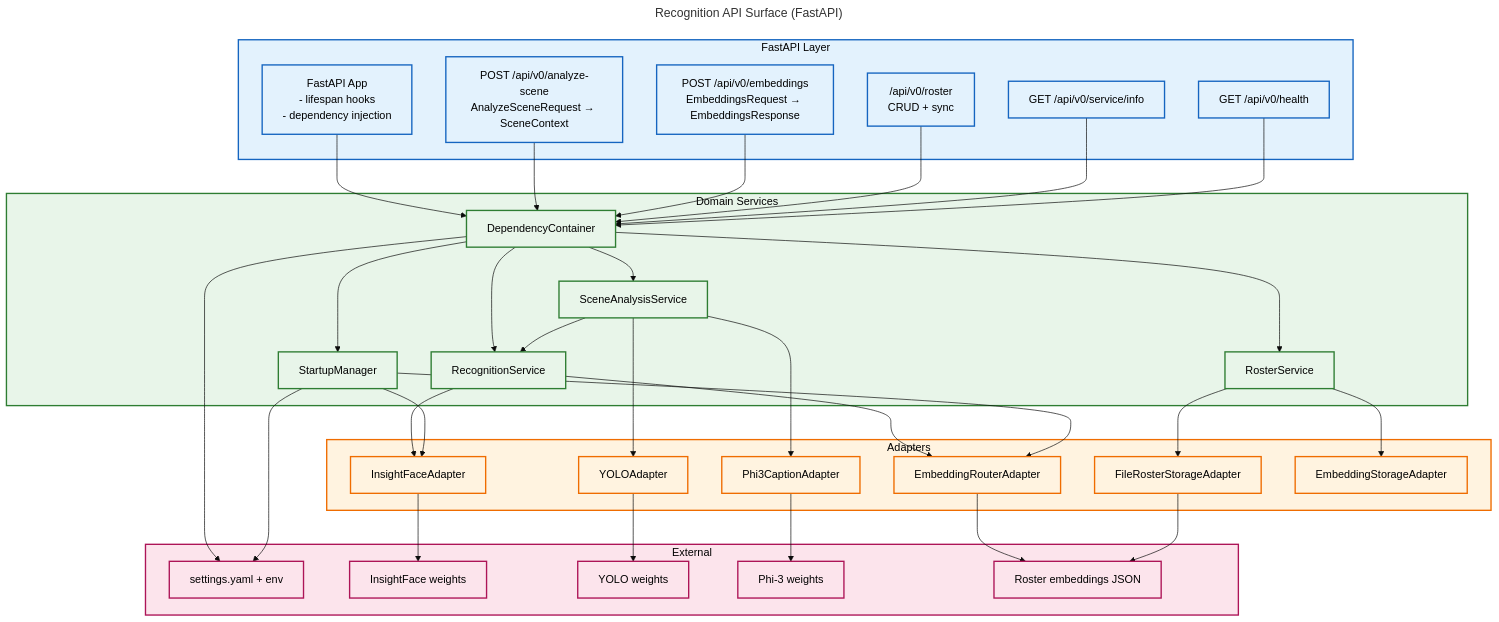
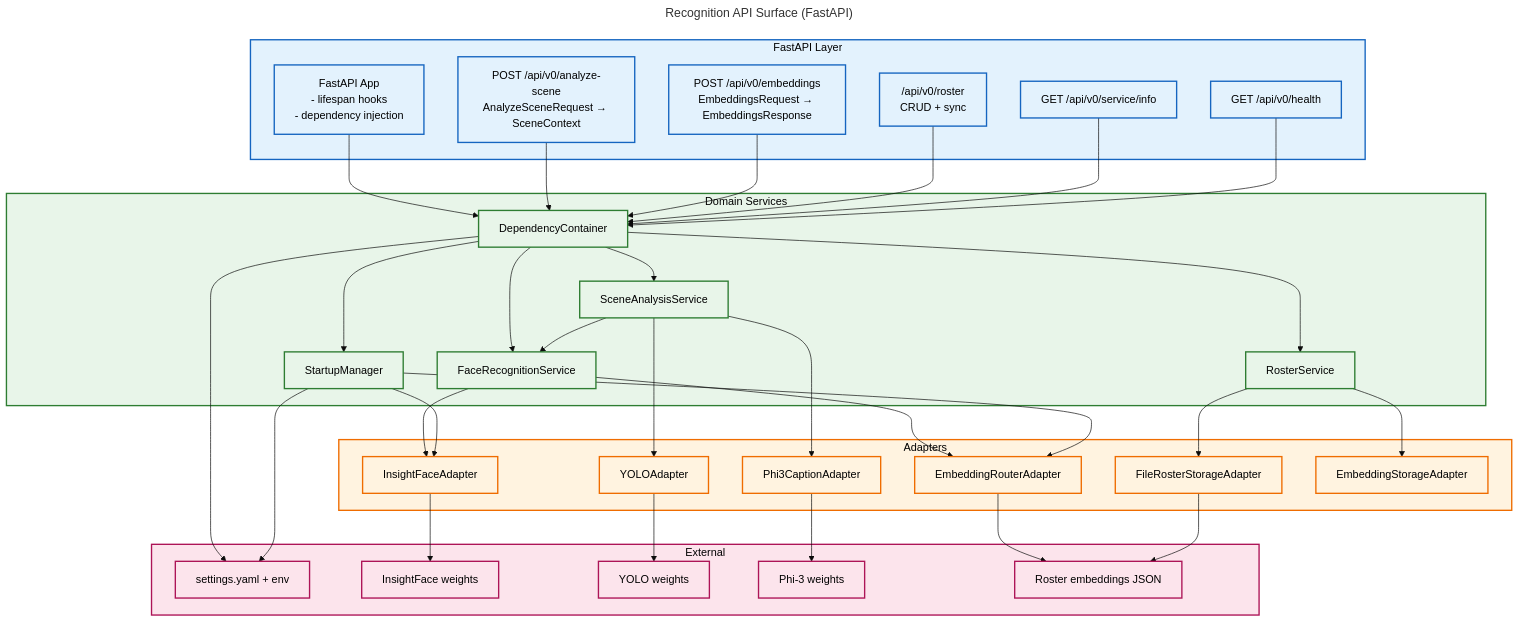
The diagram in docs/architecture/backend-uml/api_service.mermaid (darce/context-alt-text-monorepo), drawn with Mermaid (base theme) before and after one commit. The commit also changed 11 other files, not shown here.

Commit message:
Rename recognition orchestrator to FaceRecognitionService

```diff
--- a/docs/architecture/backend-uml/api_service.mermaid
+++ b/docs/architecture/backend-uml/api_service.mermaid
@@ -1,81 +1,81 @@
 ---
 title: Recognition API Surface (FastAPI)
 ---
 flowchart TB
     subgraph ports["FastAPI Layer"]
         fastapi_app["FastAPI App\n- lifespan hooks\n- dependency injection"]
         analyze_route["POST /api/v0/analyze-scene\nAnalyzeSceneRequest → SceneContext"]
         embeddings_route["POST /api/v0/embeddings\nEmbeddingsRequest → EmbeddingsResponse"]
         roster_route["/api/v0/roster\nCRUD + sync"]
         service_info_route["GET /api/v0/service/info"]
         health_route["GET /api/v0/health"]
     end
 
     subgraph domain["Domain Services"]
         dependency_container["DependencyContainer"]
         startup_manager["StartupManager"]
         scene_analysis_service["SceneAnalysisService"]
-        recognition_service["RecognitionService"]
+        recognition_service["FaceRecognitionService"]
         roster_service["RosterService"]
     end
 
     subgraph adapters["Adapters"]
         object_adapter["YOLOAdapter"]
         caption_adapter["Phi3CaptionAdapter"]
         recognition_adapter["InsightFaceAdapter"]
         embedding_adapter["EmbeddingRouterAdapter"]
         roster_storage["FileRosterStorageAdapter"]
         embedding_storage["EmbeddingStorageAdapter"]
     end
 
     subgraph external["External"]
         settings_yaml["settings.yaml + env"]
         insightface_weights["InsightFace weights"]
         yolo_weights["YOLO weights"]
         phi3_weights["Phi-3 weights"]
         roster_files["Roster embeddings JSON"]
     end
 
     fastapi_app --> dependency_container
     analyze_route --> dependency_container
     embeddings_route --> dependency_container
     roster_route --> dependency_container
     service_info_route --> dependency_container
     health_route --> dependency_container
 
     dependency_container --> startup_manager
     dependency_container --> scene_analysis_service
     dependency_container --> recognition_service
     dependency_container --> roster_service
 
     scene_analysis_service --> object_adapter
     scene_analysis_service --> caption_adapter
     scene_analysis_service --> recognition_service
 
     recognition_service --> recognition_adapter
     recognition_service --> embedding_adapter
 
     roster_service --> roster_storage
     roster_service --> embedding_storage
 
     startup_manager --> recognition_adapter
     startup_manager --> embedding_adapter
 
     object_adapter --> yolo_weights
     caption_adapter --> phi3_weights
     recognition_adapter --> insightface_weights
     embedding_adapter --> roster_files
     roster_storage --> roster_files
 
     dependency_container --> settings_yaml
     startup_manager --> settings_yaml
 
     classDef portsClass fill:#e3f2fd,stroke:#1565c0,color:#000,stroke-width:2px
     classDef domainClass fill:#e8f5e9,stroke:#2e7d32,color:#000,stroke-width:2px
     classDef adapterClass fill:#fff3e0,stroke:#ef6c00,color:#000,stroke-width:2px
     classDef externalClass fill:#fce4ec,stroke:#ad1457,color:#000,stroke-width:2px
 
     class ports,fastapi_app,analyze_route,embeddings_route,roster_route,service_info_route,health_route portsClass
     class domain,dependency_container,startup_manager,scene_analysis_service,recognition_service,roster_service domainClass
     class adapters,object_adapter,caption_adapter,recognition_adapter,embedding_adapter,roster_storage,embedding_storage adapterClass
     class external,settings_yaml,insightface_weights,yolo_weights,phi3_weights,roster_files externalClass
```
